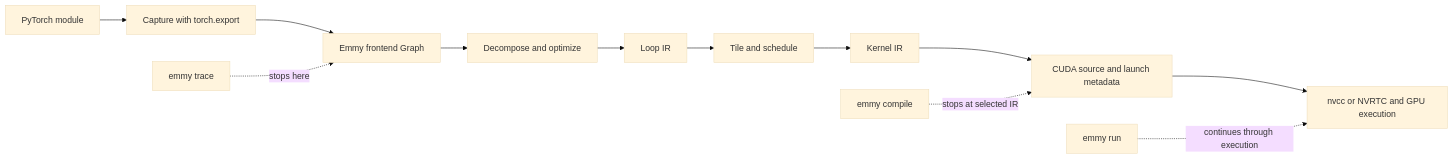
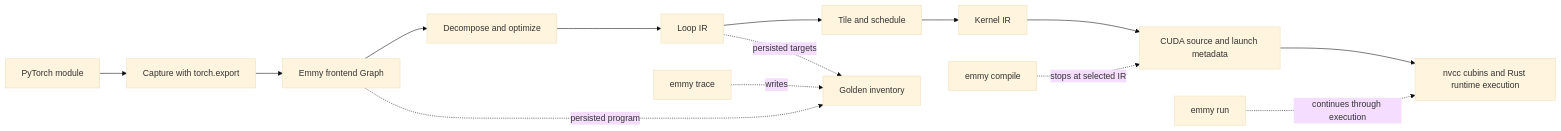
The sixth of 7 diagrams in docs/docs/course/project_course.mdx (cloudrift-ai/emmy), drawn with Mermaid (base theme) before and after one commit. The commit also changed other lines of this file and 5 other files, not shown here.

````diff
--- a/docs/docs/course/project_course.mdx
+++ b/docs/docs/course/project_course.mdx
@@ -867,15 +874,17 @@
 ```mermaid
 flowchart LR
     PyTorch[PyTorch module] --> Trace[Capture with torch.export]
     Trace --> Frontend[Emmy frontend Graph]
     Frontend --> Decompose[Decompose and optimize]
     Decompose --> Loop[Loop IR]
     Loop --> Tile[Tile and schedule]
     Tile --> Kernel[Kernel IR]
     Kernel --> CUDA[CUDA source and launch metadata]
-    CUDA --> Runtime[nvcc or NVRTC and GPU execution]
+    CUDA --> Runtime[nvcc cubins and Rust runtime execution]
 
-    TraceCmd[emmy trace] -. stops here .-> Frontend
+    Frontend -. persisted program .-> Inventory[Golden inventory]
+    Loop -. persisted targets .-> Inventory
+    TraceCmd[emmy trace] -. writes .-> Inventory
     CompileCmd[emmy compile] -. stops at selected IR .-> CUDA
     RunCmd[emmy run] -. continues through execution .-> Runtime
 ```
````
